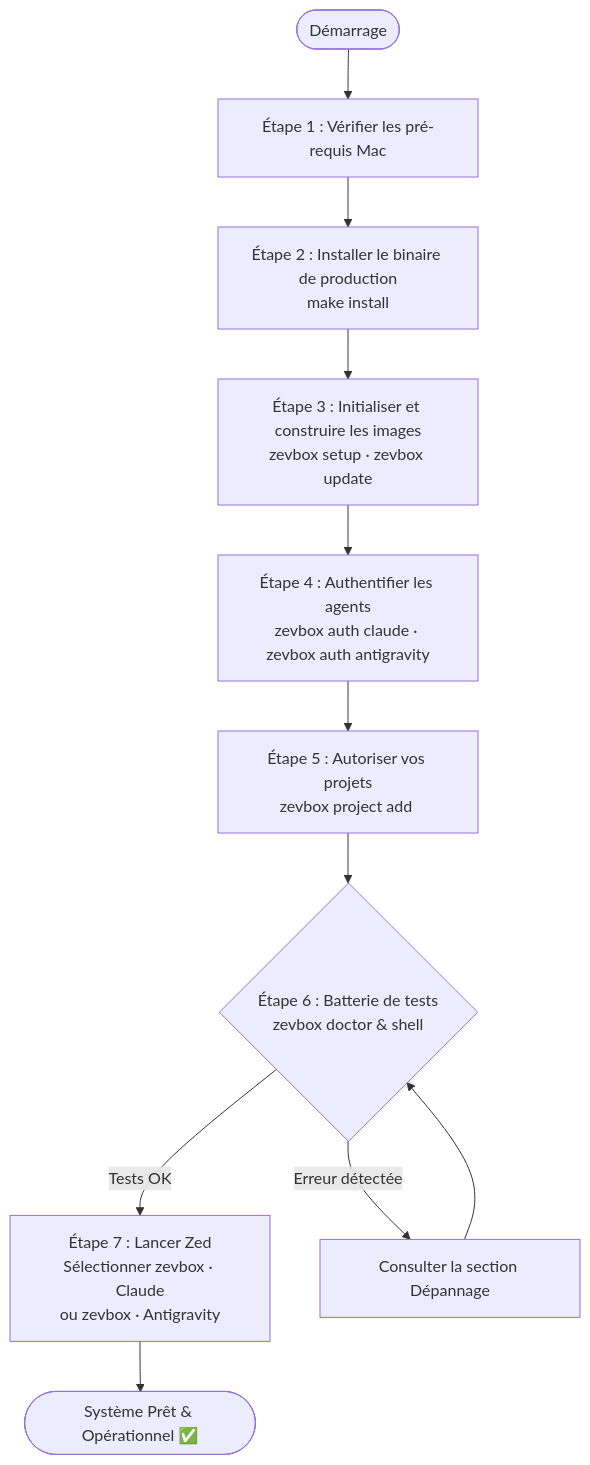
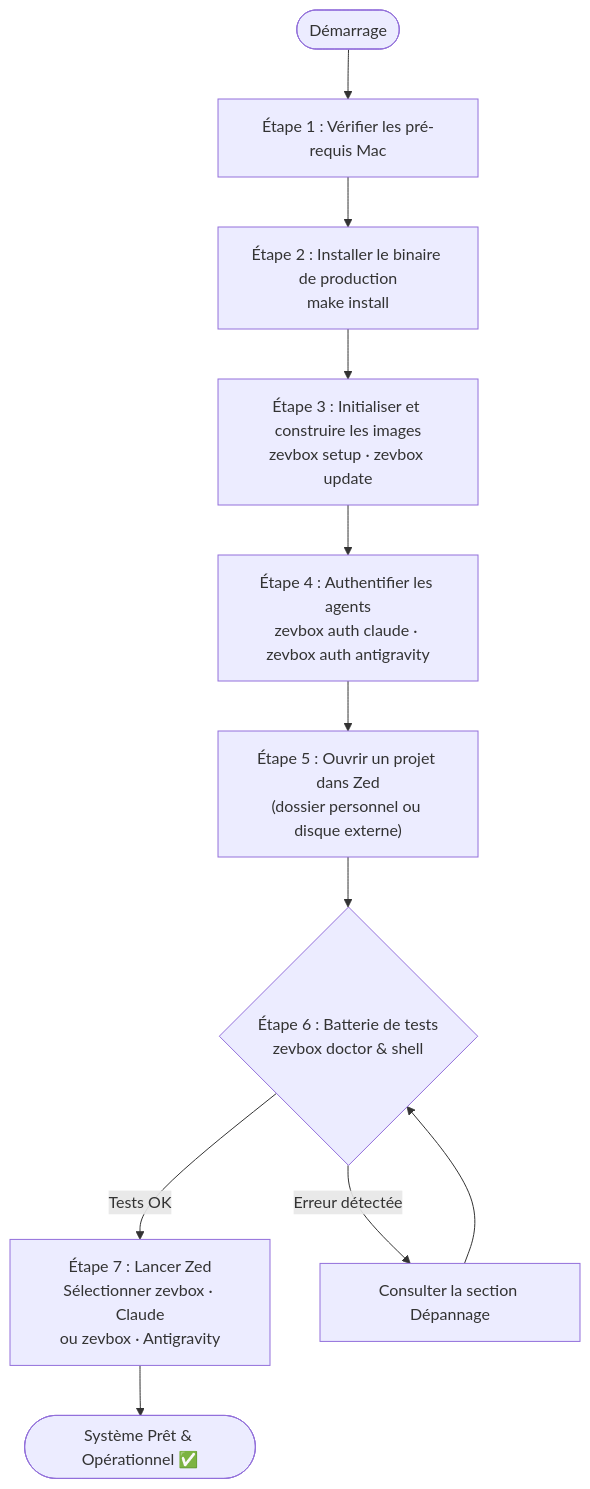
The first of 3 diagrams in docs/fr/GUIDE_UTILISATEUR.md (brainztorm/zevbox), drawn with Mermaid before and after one commit. The commit also changed other lines of this file and 25 other files, not shown here.

````diff
--- a/docs/fr/GUIDE_UTILISATEUR.md
+++ b/docs/fr/GUIDE_UTILISATEUR.md
@@ -15,15 +15,15 @@
 ```mermaid
 flowchart TD
     Start(["Démarrage"]) --> Step1["Étape 1 : Vérifier les pré-requis Mac"]
     Step1 --> Step2["Étape 2 : Installer le binaire de production\nmake install"]
     Step2 --> Step3["Étape 3 : Initialiser et construire les images\nzevbox setup · zevbox update"]
     Step3 --> Step4["Étape 4 : Authentifier les agents\nzevbox auth claude · zevbox auth antigravity"]
-    Step4 --> Step4b["Étape 5 : Autoriser vos projets\nzevbox project add <chemin>"]
+    Step4 --> Step4b["Étape 5 : Ouvrir un projet dans Zed\n(dossier personnel ou disque externe)"]
     Step4b --> Step5{"Étape 6 : Batterie de tests\nzevbox doctor & shell"}
     
     Step5 -- "Tests OK" --> Step6["Étape 7 : Lancer Zed\nSélectionner zevbox · Claude\nou zevbox · Antigravity"]
     Step5 -- "Erreur détectée" --> Fix["Consulter la section Dépannage"]
     Fix --> Step5
 
     Step6 --> Done(["Système Prêt & Opérationnel ✅"])
 ```
````
